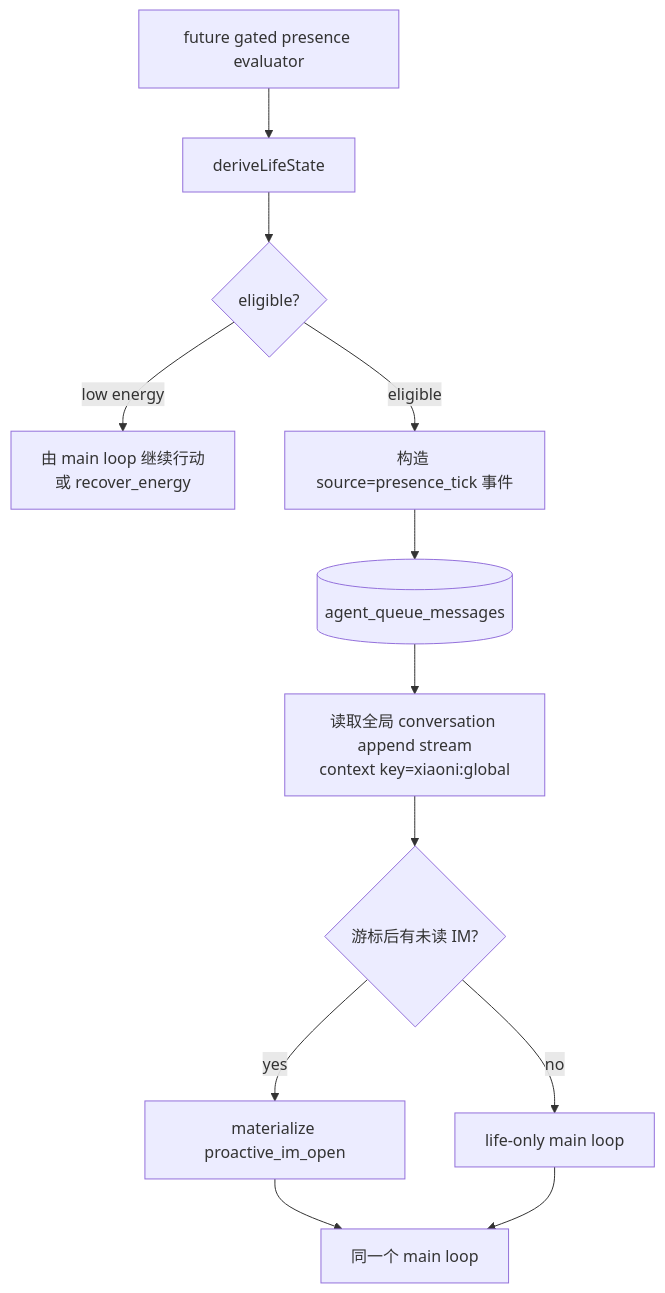
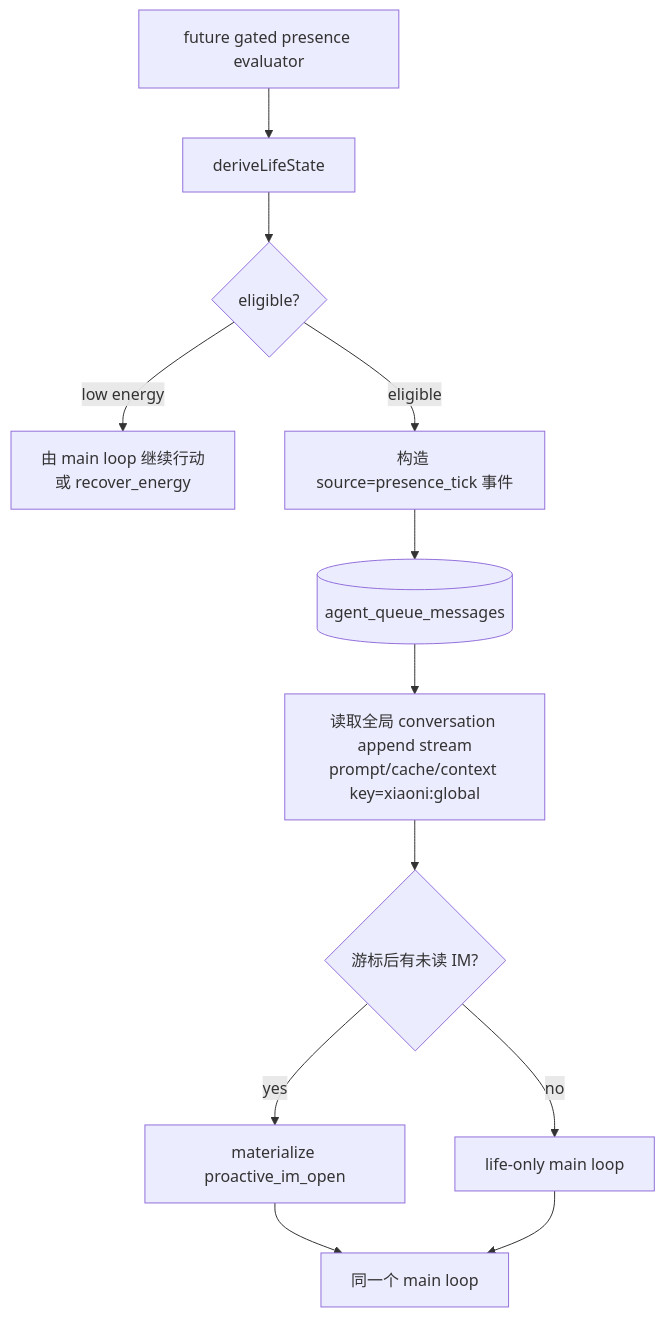
The third of 3 diagrams in docs/XIAONI_SPEAKING_FLOW.md (Hei-AI/xiaoni_cc), drawn with Mermaid before and after one commit. The commit also changed other lines of this file and 13 other files, not shown here.

Commit message:
fix: use global xiaoni prompt ledger

````diff
--- a/docs/XIAONI_SPEAKING_FLOW.md
+++ b/docs/XIAONI_SPEAKING_FLOW.md
@@ -94,14 +94,14 @@
 ```mermaid
 flowchart TD
   A[future gated presence evaluator] --> B[deriveLifeState]
   B --> C{eligible?}
   C -->|low energy| D[由 main loop 继续行动<br/>或 recover_energy]
   C -->|eligible| E[构造 source=presence_tick 事件]
   E --> F[(agent_queue_messages)]
-  F --> G[读取全局 conversation append stream<br/>context key=xiaoni:global]
+  F --> G[读取全局 conversation append stream<br/>prompt/cache/context key=xiaoni:global]
   G --> H{游标后有未读 IM?}
   H -->|yes| I[materialize proactive_im_open]
   H -->|no| J[life-only main loop]
   I --> K[同一个 main loop]
   J --> K
 ```
````
